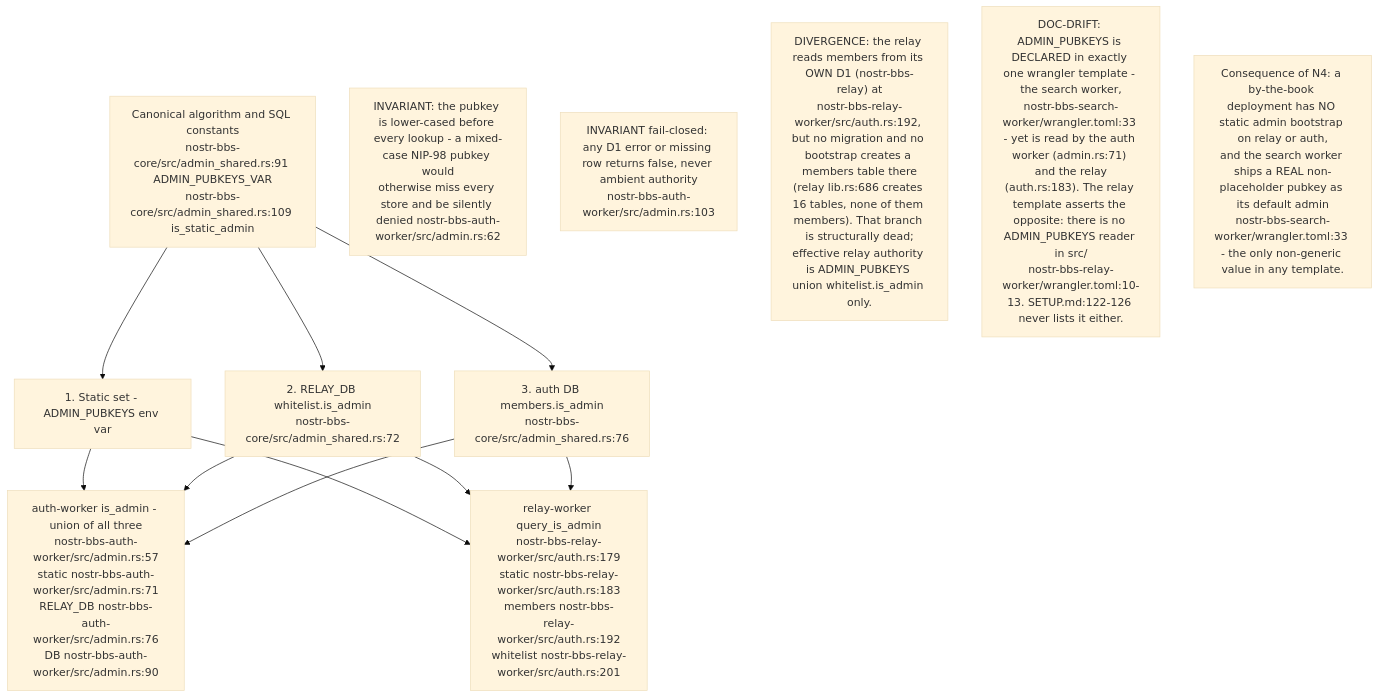
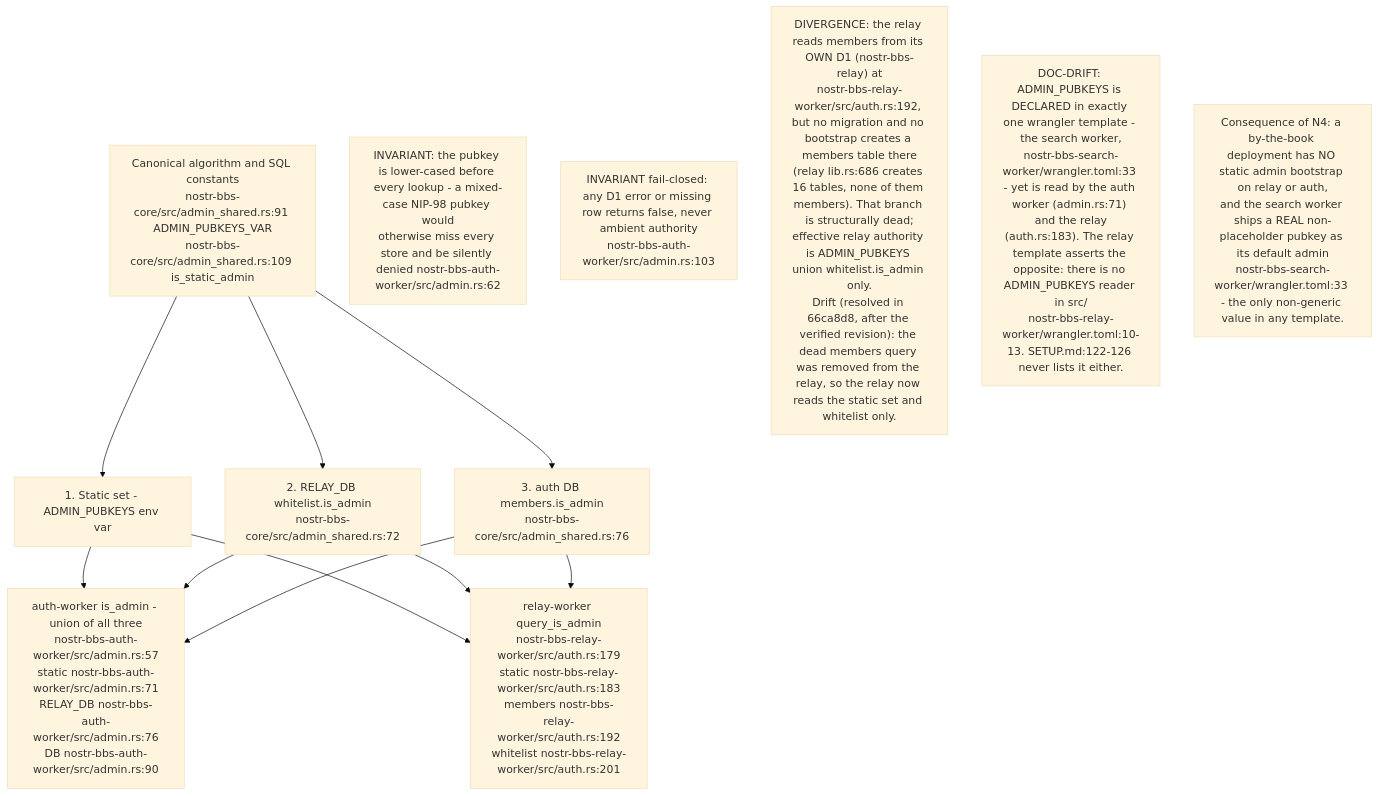
One commit to DreamLab-AI/VisionFlow changed the seventh of 9 diagrams in docs/diagrams/nostr-rust-forum/08-config-zones-stores-and-admin-authority.md. Above: the diagram before and after it, drawn with Mermaid (base theme). The commit also changed other lines of this file and 80 other files, not shown here.

First line of the commit message:
docs(diagrams): re-verify the agentbox, dreamlab, estate and visionflow corpus against current sources

````diff
--- a/docs/diagrams/nostr-rust-forum/08-config-zones-stores-and-admin-authority.md
+++ b/docs/diagrams/nostr-rust-forum/08-config-zones-stores-and-admin-authority.md
@@ -226,19 +226,19 @@
 ```mermaid
 flowchart TB
     CANON["Canonical algorithm and SQL constants<br/>nostr-bbs-core/src/admin_shared.rs:91 ADMIN_PUBKEYS_VAR<br/>nostr-bbs-core/src/admin_shared.rs:109 is_static_admin"]
     S1["1. Static set - ADMIN_PUBKEYS env var"]
     S2["2. RELAY_DB whitelist.is_admin<br/>nostr-bbs-core/src/admin_shared.rs:72"]
     S3["3. auth DB members.is_admin<br/>nostr-bbs-core/src/admin_shared.rs:76"]
     AUTHIS["auth-worker is_admin - union of all three<br/>nostr-bbs-auth-worker/src/admin.rs:57<br/>static nostr-bbs-auth-worker/src/admin.rs:71<br/>RELAY_DB nostr-bbs-auth-worker/src/admin.rs:76<br/>DB nostr-bbs-auth-worker/src/admin.rs:90"]
     RELIS["relay-worker query_is_admin<br/>nostr-bbs-relay-worker/src/auth.rs:179<br/>static nostr-bbs-relay-worker/src/auth.rs:183<br/>members nostr-bbs-relay-worker/src/auth.rs:192<br/>whitelist nostr-bbs-relay-worker/src/auth.rs:201"]
 
     CANON --> S1 & S2 & S3
     S1 & S2 & S3 --> AUTHIS
     S1 & S2 & S3 --> RELIS
 
     N1["INVARIANT: the pubkey is lower-cased before every lookup - a mixed-case NIP-98 pubkey would<br/>otherwise miss every store and be silently denied nostr-bbs-auth-worker/src/admin.rs:62"]
     N2["INVARIANT fail-closed: any D1 error or missing row returns false, never ambient authority<br/>nostr-bbs-auth-worker/src/admin.rs:103"]
-    N3["DIVERGENCE: the relay reads members from its OWN D1 (nostr-bbs-relay) at<br/>nostr-bbs-relay-worker/src/auth.rs:192, but no migration and no bootstrap creates a members table there<br/>(relay lib.rs:686 creates 16 tables, none of them members). That branch is structurally dead;<br/>effective relay authority is ADMIN_PUBKEYS union whitelist.is_admin only."]
+    N3["DIVERGENCE: the relay reads members from its OWN D1 (nostr-bbs-relay) at<br/>nostr-bbs-relay-worker/src/auth.rs:192, but no migration and no bootstrap creates a members table there<br/>(relay lib.rs:686 creates 16 tables, none of them members). That branch is structurally dead;<br/>effective relay authority is ADMIN_PUBKEYS union whitelist.is_admin only.<br/>Drift (resolved in 66ca8d8, after the verified revision): the dead members query was removed from the relay, so the relay now reads the static set and whitelist only."]
     N4["DOC-DRIFT: ADMIN_PUBKEYS is DECLARED in exactly one wrangler template - the search worker,<br/>nostr-bbs-search-worker/wrangler.toml:33 - yet is read by the auth worker (admin.rs:71) and the relay<br/>(auth.rs:183). The relay template asserts the opposite: there is no ADMIN_PUBKEYS reader in src/<br/>nostr-bbs-relay-worker/wrangler.toml:10-13. SETUP.md:122-126 never lists it either."]
     N5["Consequence of N4: a by-the-book deployment has NO static admin bootstrap on relay or auth,<br/>and the search worker ships a REAL non-placeholder pubkey as its default admin<br/>nostr-bbs-search-worker/wrangler.toml:33 - the only non-generic value in any template."]
 ```
````
